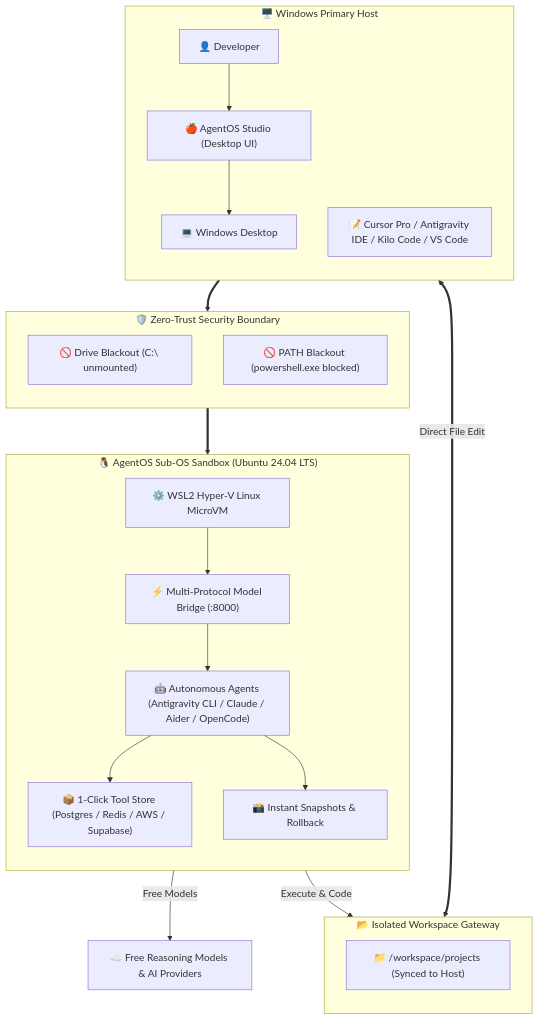
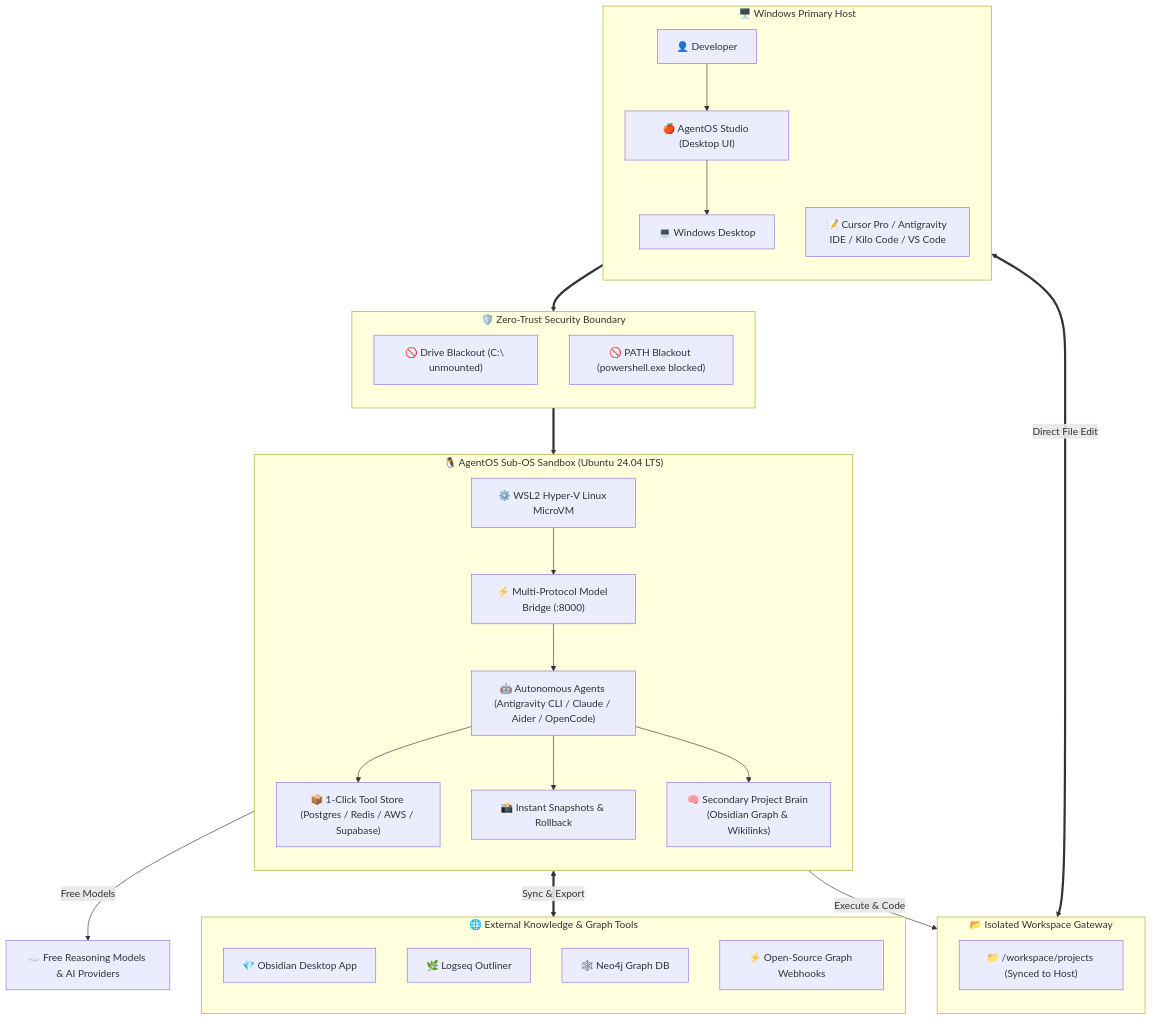
The first of 2 diagrams in README.md (Developer-For-Git/AgentOS-Studio), drawn with Mermaid before and after one commit. The commit also changed other lines of this file and 22 other files, not shown here.

Commit message:
feat(brain): add Obsidian interactive knowledge graph, second brain bridges, and prominent install guide

````diff
--- a/README.md
+++ b/README.md
@@ -96,34 +197,44 @@
 ```mermaid
 flowchart TD
     subgraph Host ["🖥️ Windows Primary Host"]
         direction TB
         User["👤 Developer"] --> Studio["🍎 AgentOS Studio (Desktop UI)"]
         Studio --> Desktop["💻 Windows Desktop"]
         IDEs["📝 Cursor Pro / Antigravity IDE / Kilo Code / VS Code"]
     end
 
     subgraph Barrier ["🛡️ Zero-Trust Security Boundary"]
         direction TB
         Blackout["🚫 Drive Blackout (C:\ unmounted)"]
         PathBlock["🚫 PATH Blackout (powershell.exe blocked)"]
     end
 
     subgraph SubOS ["🐧 AgentOS Sub-OS Sandbox (Ubuntu 24.04 LTS)"]
         direction TB
         Kernel["⚙️ WSL2 Hyper-V Linux MicroVM"]
         Kernel --> Bridge["⚡ Multi-Protocol Model Bridge (:8000)"]
         Bridge --> AgentBox["🤖 Autonomous Agents (Antigravity CLI / Claude / Aider / OpenCode)"]
         AgentBox --> Store["📦 1-Click Tool Store (Postgres / Redis / AWS / Supabase)"]
         AgentBox --> Snapshots["📸 Instant Snapshots & Rollback"]
+        AgentBox --> Brain["🧠 Secondary Project Brain (Obsidian Graph & Wikilinks)"]
+    end
+
+    subgraph ExternalTools ["🌐 External Knowledge & Graph Tools"]
+        direction TB
+        ObsidianApp["💎 Obsidian Desktop App"]
+        LogseqApp["🌿 Logseq Outliner"]
+        Neo4jDB["🕸️ Neo4j Graph DB"]
+        GraphAPI["⚡ Open-Source Graph Webhooks"]
     end
 
     subgraph Gateway ["📂 Isolated Workspace Gateway"]
         direction TB
         WorkPartition["📁 /workspace/projects (Synced to Host)"]
     end
 
     Studio ==> Barrier ==> SubOS
     IDEs <==>|Direct File Edit| WorkPartition
     AgentBox -->|Execute & Code| WorkPartition
+    Brain <==>|Sync & Export| ExternalTools
     Bridge -->|Free Models| Cloud["☁️ Free Reasoning Models & AI Providers"]
 ```
````
